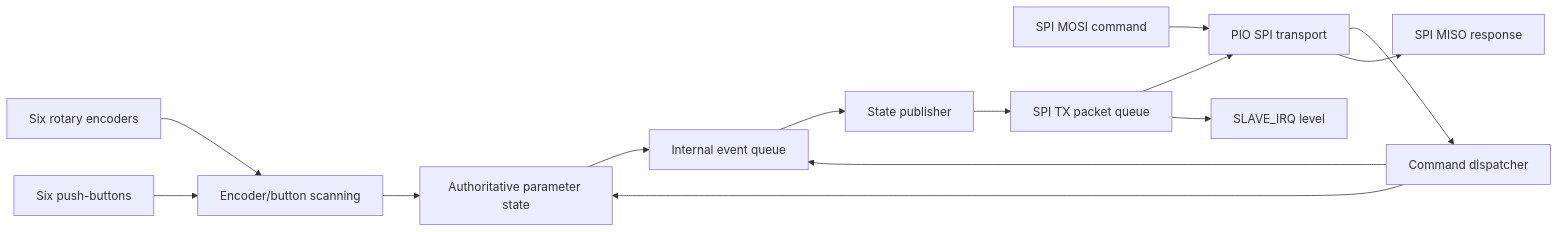
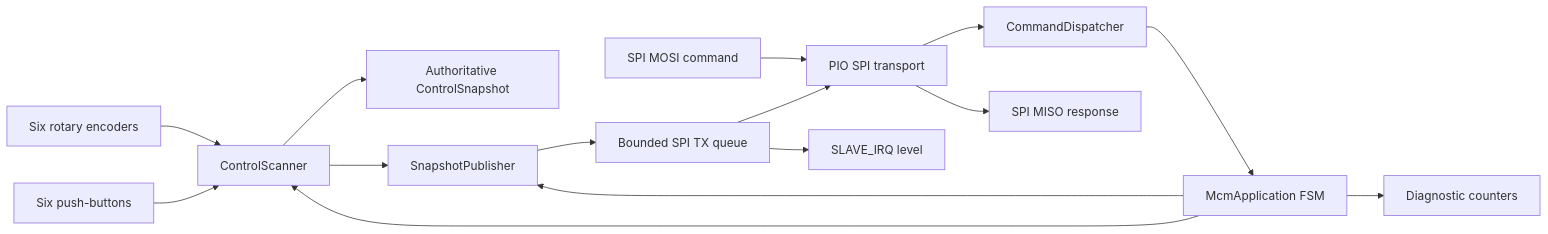
One commit to Roth-Amplification-Ltd/mcm-firmware changed the diagram in README.md. Above: the diagram before and after it, drawn with Mermaid. The commit also changed other lines of this file and 81 other files, not shown here.

````diff
--- a/README.md
+++ b/README.md
@@ -48,16 +105,17 @@
 ```mermaid
 flowchart LR
-    ENC[Six rotary encoders] --> SCAN[Encoder/button scanning]
+    ENC[Six rotary encoders] --> SCAN[ControlScanner]
     BTN[Six push-buttons] --> SCAN
-    SCAN --> PARAM[Authoritative parameter state]
-    PARAM --> EVQ[Internal event queue]
+    SCAN --> STATE[Authoritative ControlSnapshot]
+    SCAN --> PUB[SnapshotPublisher]
     MOSI[SPI MOSI command] --> PIO[PIO SPI transport]
-    PIO --> DISP[Command dispatcher]
-    DISP --> PARAM
-    DISP --> EVQ
-    EVQ --> PUB[State publisher]
-    PUB --> TXQ[SPI TX packet queue]
+    PIO --> DISP[CommandDispatcher]
+    DISP --> APP[McmApplication FSM]
+    APP --> SCAN
+    APP --> PUB
+    PUB --> TXQ[Bounded SPI TX queue]
     TXQ --> PIO
     PIO --> MISO[SPI MISO response]
     TXQ --> IRQ[SLAVE_IRQ level]
+    APP --> DIAG[Diagnostic counters]
 ```
````
